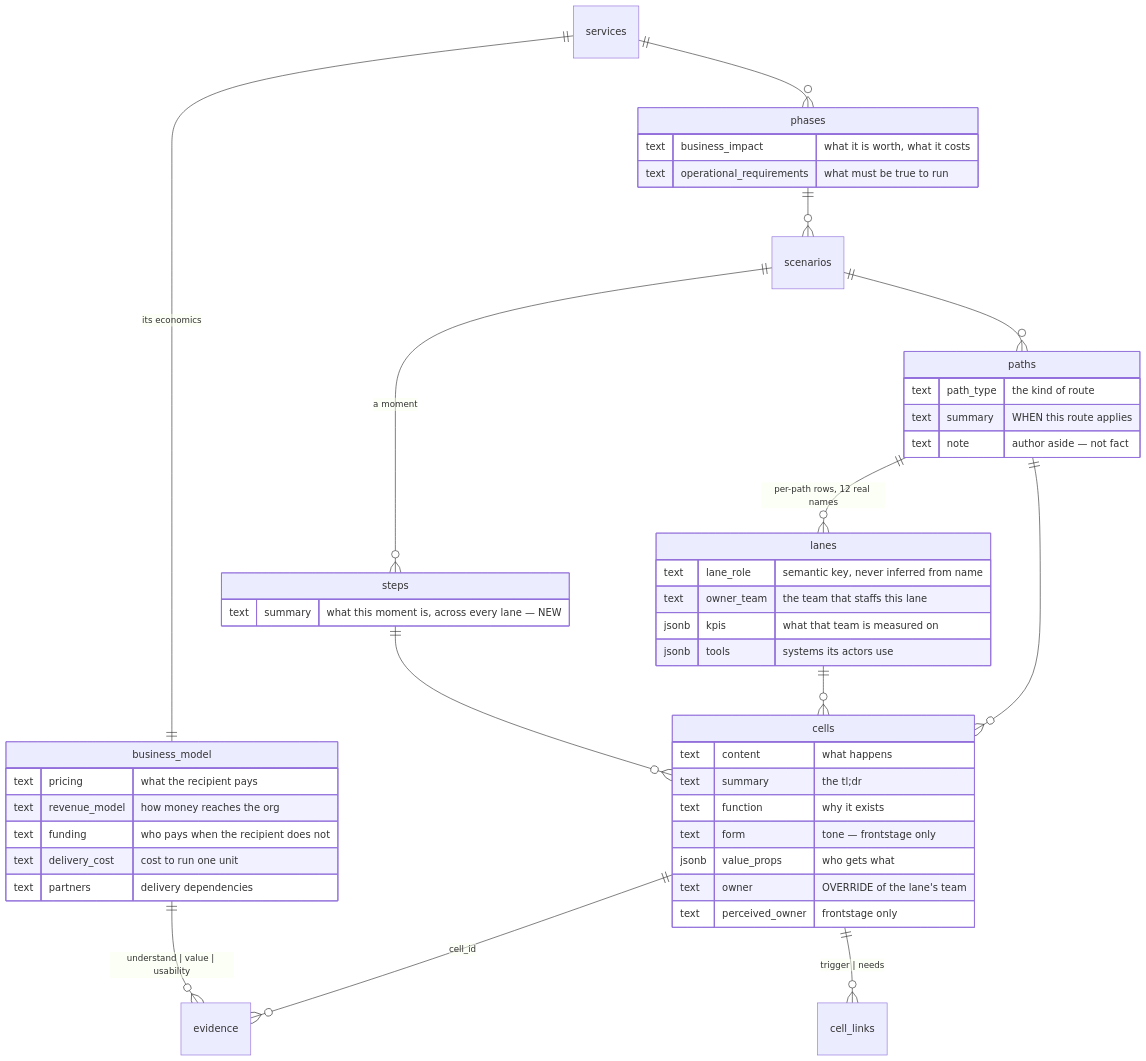
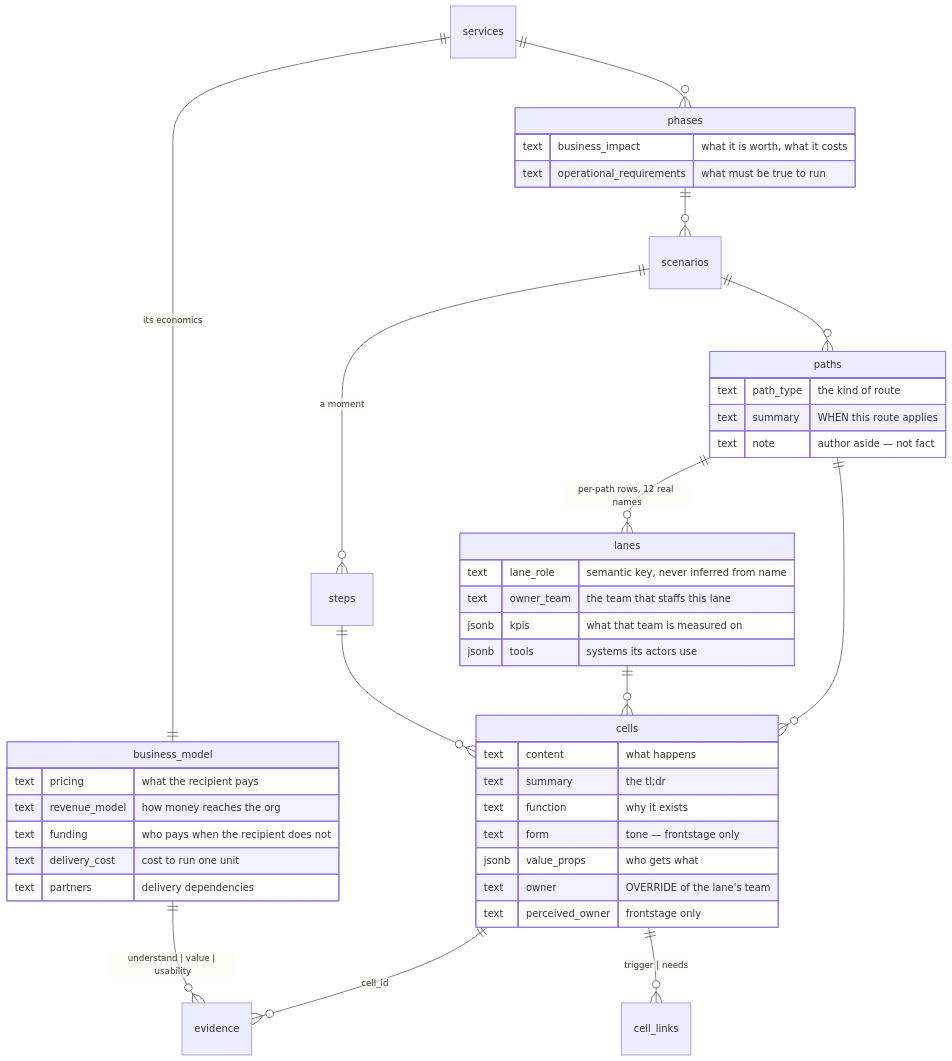
One commit to BilLogic/plus-uno-blueprint changed the first of 2 diagrams in docs/plans/2026-08-20-006-design-data-model.md. Above: the diagram before and after it, drawn with Mermaid. The commit also changed other lines of this file and 2 other files, not shown here.

First line of the commit message:
docs(plans): consolidate step description into the storyboard cell, drop steps.summary

````diff
--- a/docs/plans/2026-08-20-006-design-data-model.md
+++ b/docs/plans/2026-08-20-006-design-data-model.md
@@ -275,50 +275,47 @@
 ```mermaid
 erDiagram
     services   ||--o{ phases : ""
     services   ||--|| business_model : "its economics"
     phases     ||--o{ scenarios : ""
     scenarios  ||--o{ paths : ""
     scenarios  ||--o{ steps : "a moment"
     paths      ||--o{ lanes : "per-path rows, 12 real names"
     paths      ||--o{ cells : ""
     lanes      ||--o{ cells : ""
     steps      ||--o{ cells : ""
     cells      ||--o{ evidence : "cell_id"
     business_model ||--o{ evidence : "understand | value | usability"
     cells      ||--o{ cell_links : "trigger | needs"
 
     business_model {
         text pricing         "what the recipient pays"
         text revenue_model   "how money reaches the org"
         text funding         "who pays when the recipient does not"
         text delivery_cost   "cost to run one unit"
         text partners        "delivery dependencies"
     }
     phases {
         text business_impact          "what it is worth, what it costs"
         text operational_requirements "what must be true to run"
     }
     paths {
         text path_type "the kind of route"
         text summary   "WHEN this route applies"
         text note      "author aside — not fact"
     }
-    steps {
-        text summary "what this moment is, across every lane — NEW"
-    }
     lanes {
         text lane_role  "semantic key, never inferred from name"
         text owner_team "the team that staffs this lane"
         jsonb kpis      "what that team is measured on"
         jsonb tools     "systems its actors use"
     }
     cells {
         text content         "what happens"
         text summary         "the tl;dr"
         text function        "why it exists"
         text form            "tone — frontstage only"
         jsonb value_props    "who gets what"
         text owner           "OVERRIDE of the lane's team"
         text perceived_owner "frontstage only"
     }
 ```
````
